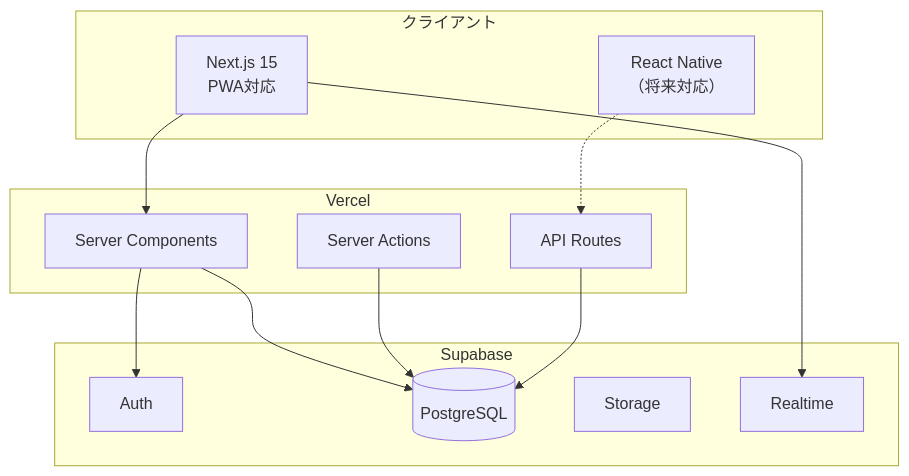
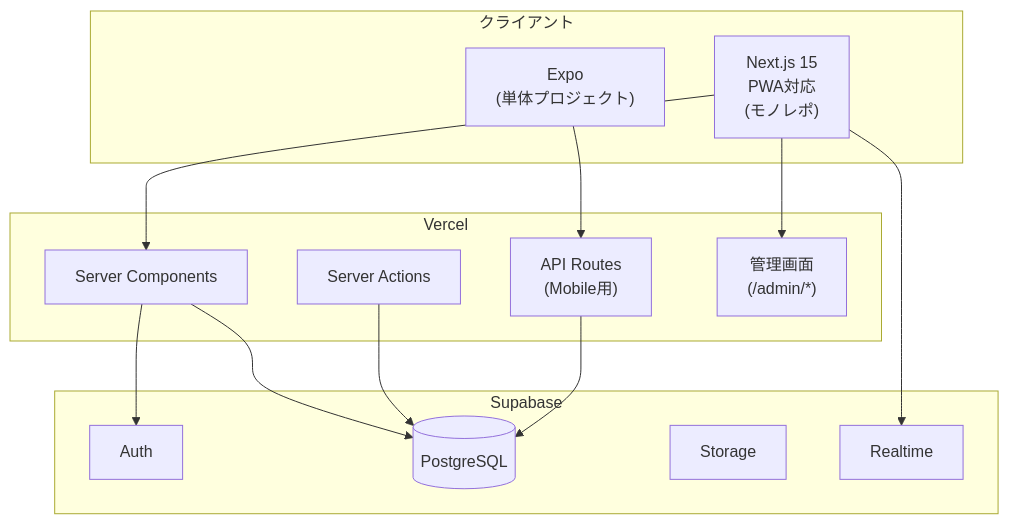
One commit to shinji-hayamizu/ReSave changed the first of 6 diagrams in docs/requirements/architecture.md. Above: the diagram before and after it, drawn with Mermaid. The commit also changed other lines of this file and 25 other files, not shown here.

````diff
--- a/docs/requirements/architecture.md
+++ b/docs/requirements/architecture.md
@@ -12,28 +12,30 @@
 ```mermaid
 flowchart TB
     subgraph Client["クライアント"]
-        Web["Next.js 15<br/>PWA対応"]
-        Mobile["React Native<br/>（将来対応）"]
+        Web["Next.js 15<br/>PWA対応<br/>(モノレポ)"]
+        Mobile["Expo<br/>(単体プロジェクト)"]
     end
 
     subgraph Vercel["Vercel"]
         SSR["Server Components"]
-        API["API Routes"]
+        API["API Routes<br/>(Mobile用)"]
         Actions["Server Actions"]
+        Admin["管理画面<br/>(/admin/*)"]
     end
 
     subgraph Supabase["Supabase"]
         Auth["Auth"]
         DB[("PostgreSQL")]
         Storage["Storage"]
         Realtime["Realtime"]
     end
 
     Web --> SSR
-    Mobile -.-> API
+    Web --> Admin
+    Mobile --> API
     SSR --> Auth
     SSR --> DB
     Actions --> DB
     API --> DB
     Web --> Realtime
 ```
````
